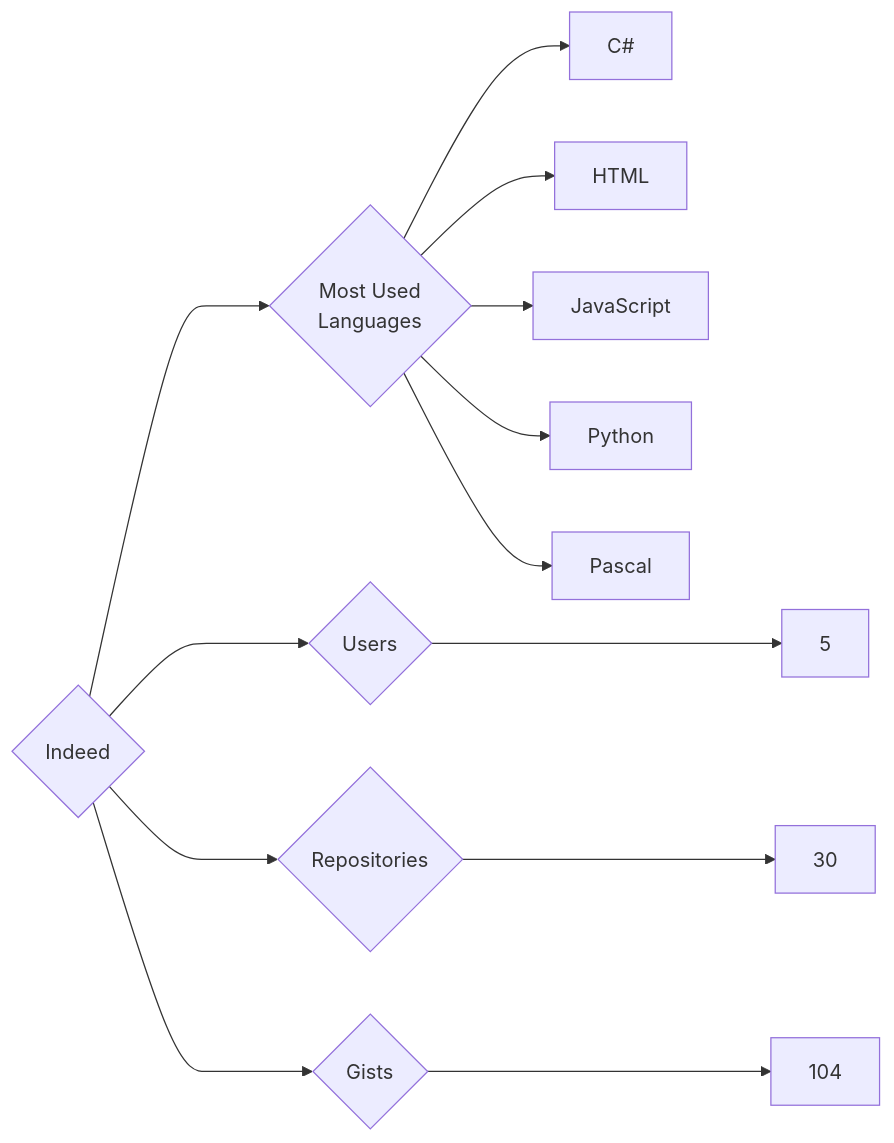
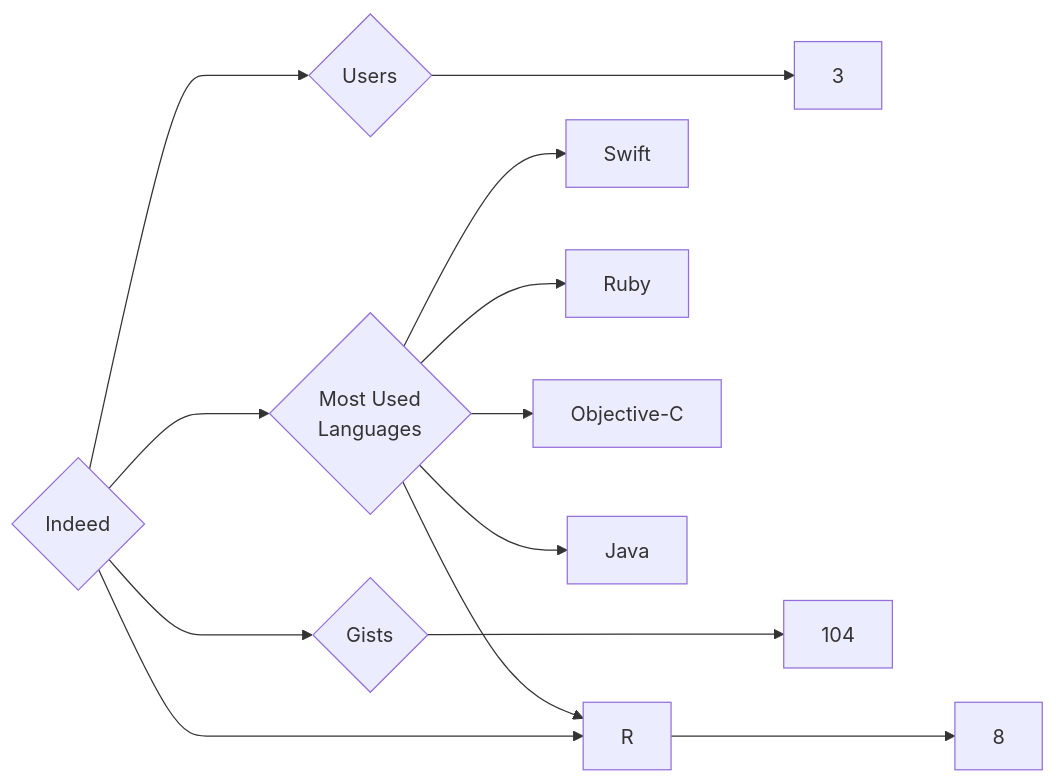
The diagram in targets/Indeed/README.md (trickest/insiders), drawn with Mermaid before and after one commit. The commit also changed 1166 other files, not shown here.

````diff
--- a/targets/Indeed/README.md
+++ b/targets/Indeed/README.md
@@ -3,13 +3,13 @@
 ```mermaid
 graph LR
 COMPANY_NAME{Indeed}
-COMPANY_NAME ---> U{Users} ---> UN[5]
-COMPANY_NAME ---> R{Repositories} ---> RN[30]
+COMPANY_NAME ---> U{Users} ---> UN[3]
+COMPANY_NAME ---> R{Repositories} ---> RN[8]
 COMPANY_NAME ---> G{Gists} ---> GN[104]
 COMPANY_NAME ---> ML{Most Used<br>Languages}
-ML --> C#[C#]
-ML --> HTML[HTML]
-ML --> JavaScript[JavaScript]
-ML --> Python[Python]
-ML --> Pascal[Pascal]
+ML --> Swift[Swift]
+ML --> Ruby[Ruby]
+ML --> R[R]
+ML --> Objective-C[Objective-C]
+ML --> Java[Java]
 ```
````
